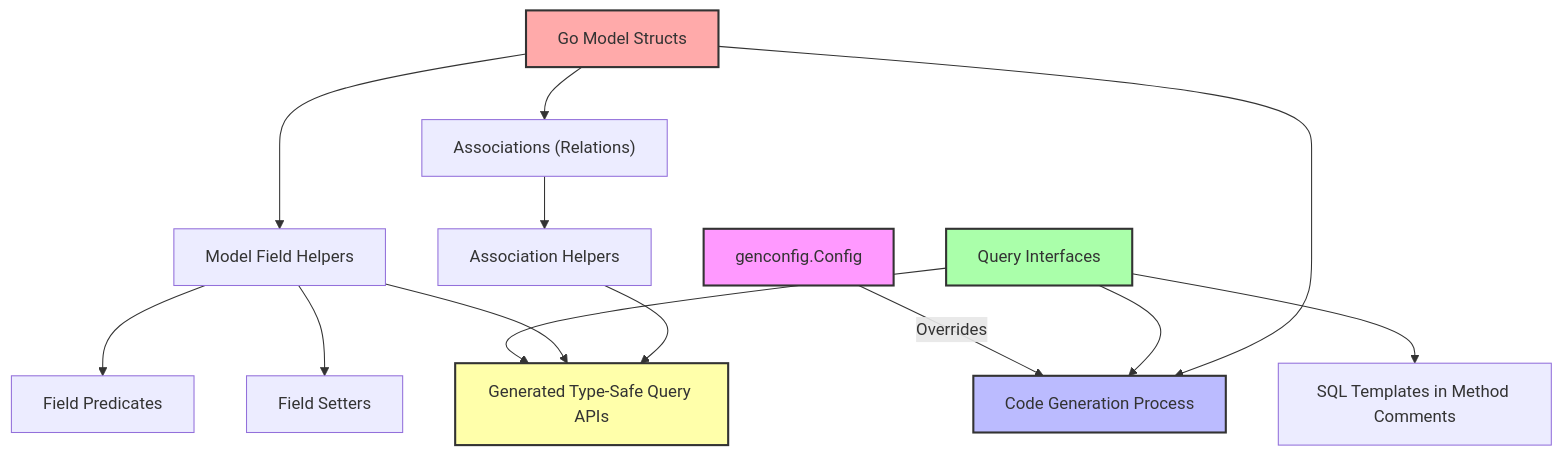
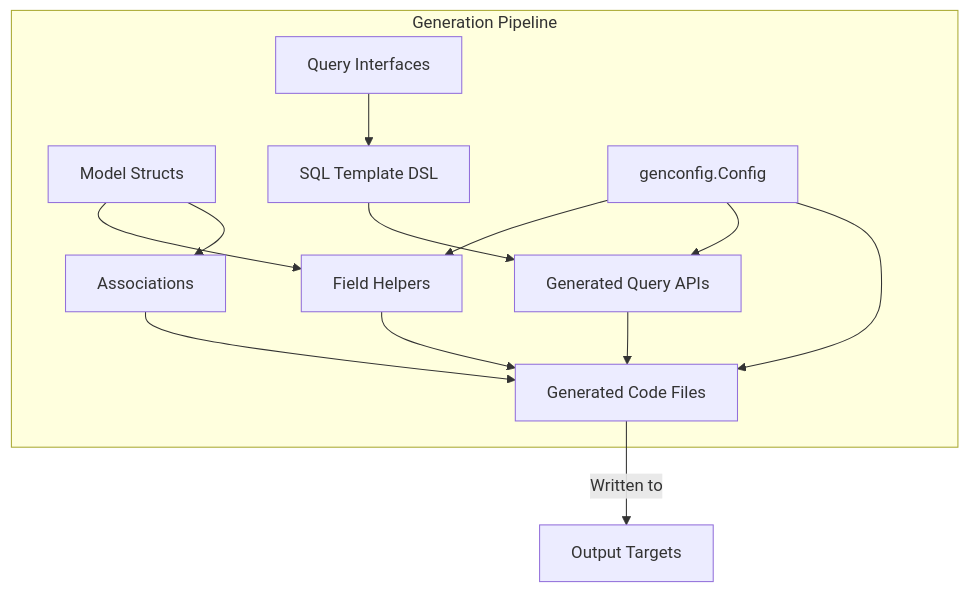
One commit to clidey/docucod-public-project-3a0e48a9-6b86-4d21-a930-072fe9723c66 changed the diagram in overview/core-concepts/core-terminology.mdx. Above: the diagram before and after it, drawn with Mermaid. The commit also changed other lines of this file and 29 other files, not shown here.

````diff
--- a/overview/core-concepts/core-terminology.mdx
+++ b/overview/core-concepts/core-terminology.mdx
@@ -199,21 +201,26 @@
 ```mermaid
 graph TD
-  QueryInterfaces["Query Interfaces"] --> SQLTemplates["SQL Templates in Method Comments"]
-  QueryInterfaces --> GeneratedAPIs["Generated Type-Safe Query APIs"]
-  Models["Go Model Structs"] --> ModelFieldHelpers["Model Field Helpers"]
-  ModelFieldHelpers --> Predicates["Field Predicates"]
-  ModelFieldHelpers --> Setters["Field Setters"]
-  Models --> Associations["Associations (Relations)"]
-  Associations --> AssociationHelpers["Association Helpers"]
-  GenConfig["genconfig.Config"] -->|Overrides| GenerationProcess["Code Generation Process"]
-  QueryInterfaces --> GenerationProcess
-  Models --> GenerationProcess
-  ModelFieldHelpers --> GeneratedAPIs
-  AssociationHelpers --> GeneratedAPIs
+  Models["Model Structs"] --> FieldHelpers["Field Helpers"]
+  Models --> Associations["Associations"]
+  QueryInterfaces["Query Interfaces"] --> SQLTemplates["SQL Template DSL"]
+  SQLTemplates --> QueryAPIs["Generated Query APIs"]
+  FieldHelpers --> GeneratedCode["Generated Code Files"]
+  QueryAPIs --> GeneratedCode
+  Associations --> GeneratedCode
+  Configs["genconfig.Config"] --> FieldHelpers
+  Configs --> QueryAPIs
+  Configs --> GeneratedCode
 
-  style GenConfig fill:#f9f,stroke:#333,stroke-width:2px
-  style GenerationProcess fill:#bbf,stroke:#333,stroke-width:2px
-  style QueryInterfaces fill:#afa,stroke:#333,stroke-width:2px
-  style Models fill:#faa,stroke:#333,stroke-width:2px
-  style GeneratedAPIs fill:#ffa,stroke:#333,stroke-width:2px
+  subgraph "Generation Pipeline"
+    Models
+    QueryInterfaces
+    Configs
+    SQLTemplates
+    FieldHelpers
+    Associations
+    QueryAPIs
+    GeneratedCode
+  end
+
+  GeneratedCode -->|Written to| OutputDir["Output Targets"]
 ```
````
